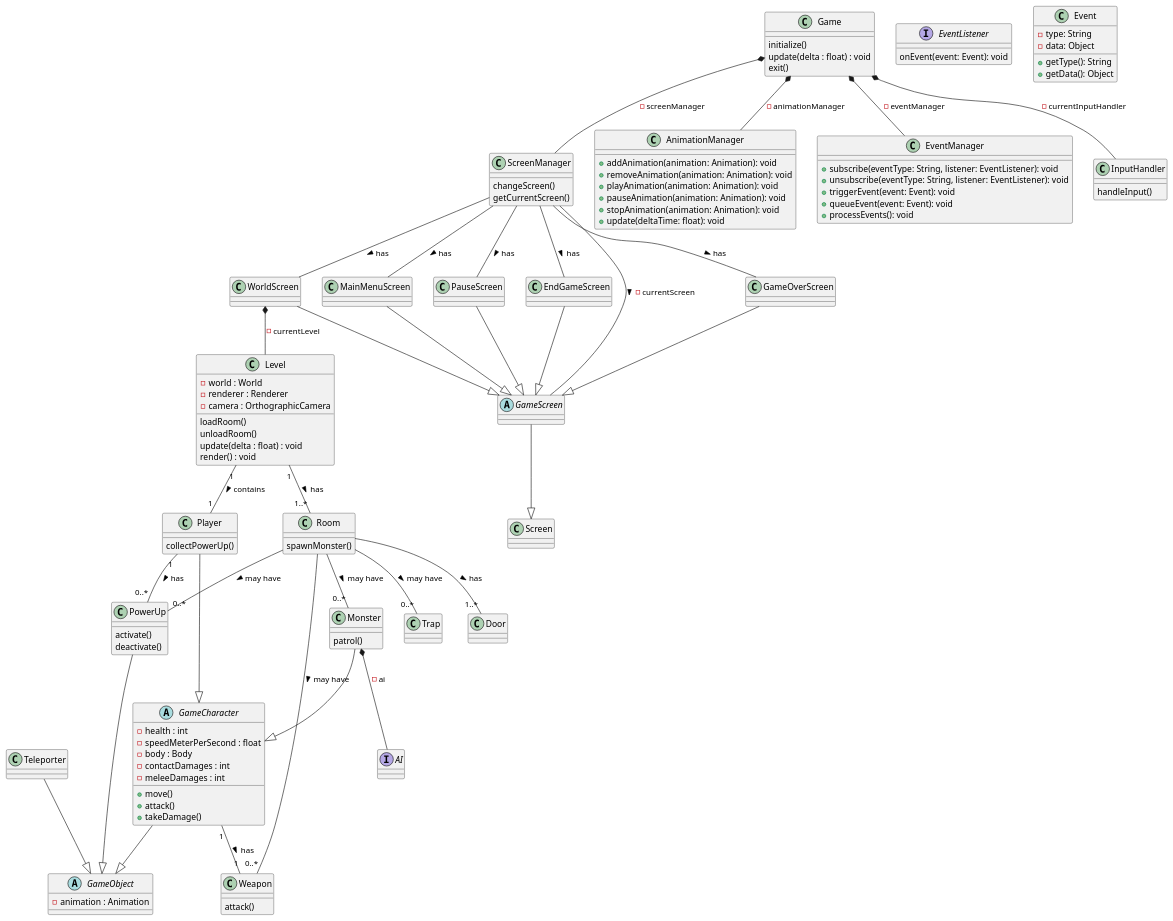
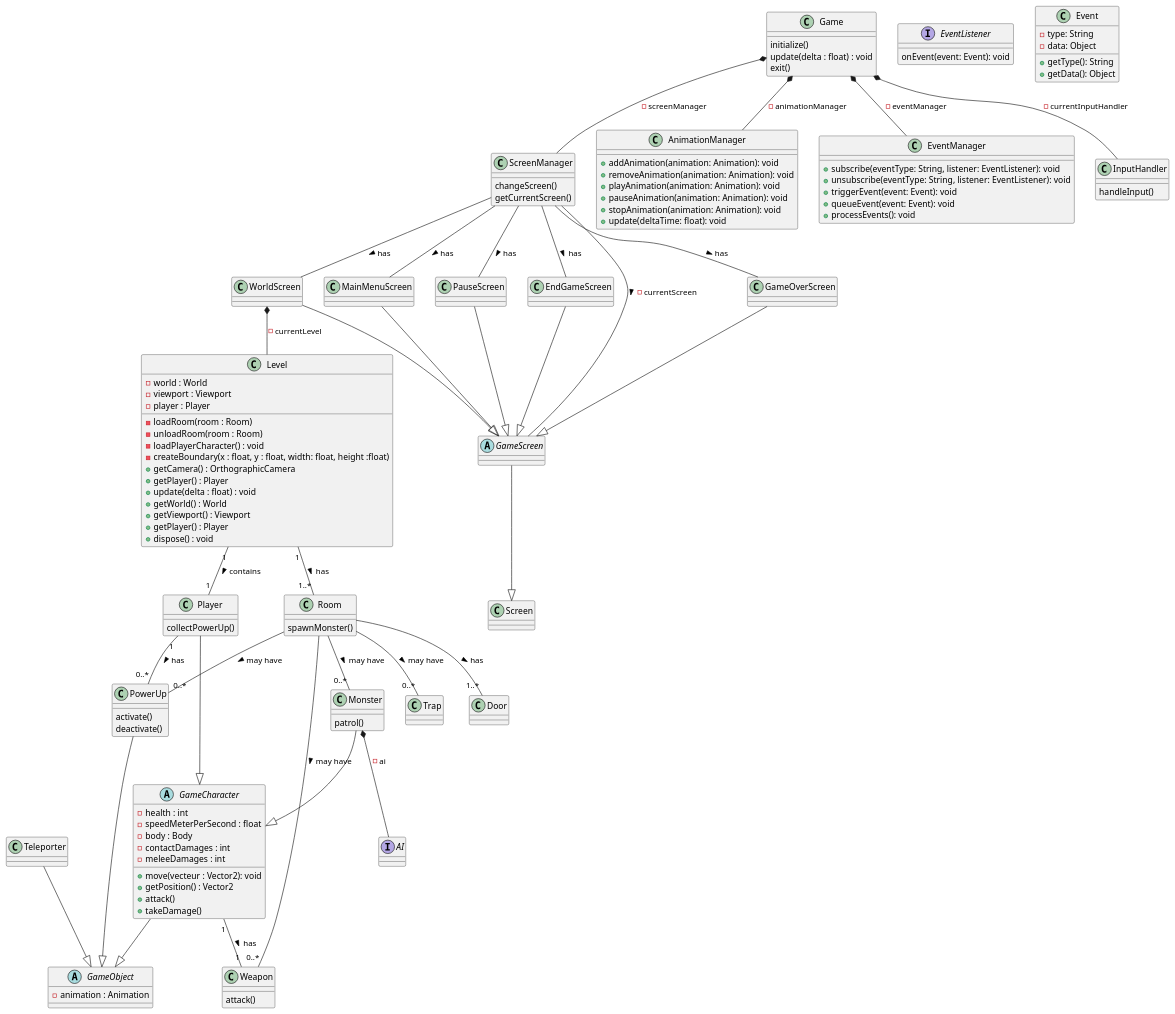
Before and after one commit to lmtb06/Dungeon: the diagram in diagrammes/classes/sprint1version2.puml, drawn with PlantUML.

Commit message:
Mise à jour du diagramme de classes (pas fini).

```diff
--- a/diagrammes/classes/sprint1version2.puml
+++ b/diagrammes/classes/sprint1version2.puml
@@ -1,168 +1,176 @@
 @startuml
 
 class Game {
     initialize()
     update(delta : float) : void
     exit()
 }
 
 Game *-- ScreenManager : -screenManager
 Game *-- AnimationManager : -animationManager
 Game *-- EventManager : -eventManager
 Game *-- InputHandler : -currentInputHandler
 
 abstract class GameObject {
     - animation : Animation
 }
 
 abstract class GameCharacter {
     - health : int
     - speedMeterPerSecond : float
     - body : Body
     - contactDamages : int
     - meleeDamages : int
-    + move()
+    + move(vecteur : Vector2): void
+    + getPosition() : Vector2
     + attack()
     + takeDamage()
 }
 GameCharacter --|> GameObject
 
 GameCharacter "1" -- "1" Weapon : has >
 
 class Player {
     collectPowerUp()
 }
 Player --|> GameCharacter
 Player "1" -- "0..*" PowerUp : has >
 
 
 class Monster {
     patrol()
 }
 Monster --|> GameCharacter
 Monster *-- AI : -ai
 
 class Weapon {
     attack()
 }
 
 class PowerUp {
     activate()
     deactivate()
 }
 PowerUp --|> GameObject
 
 class Trap {
 
 }
 
 class Teleporter {
 
 }
 Teleporter --|> GameObject
 
 class Level {
     - world : World
-    - renderer : Renderer
-    - camera : OrthographicCamera
-    loadRoom()
-    unloadRoom()
-    update(delta : float) : void
-    render() : void
+    - viewport : Viewport
+    - player : Player
+    - loadRoom(room : Room)
+    - unloadRoom(room : Room)
+    - loadPlayerCharacter() : void
+    - createBoundary(x : float, y : float, width: float, height :float)
+    + getCamera() : OrthographicCamera
+    + getPlayer() : Player
+    + update(delta : float) : void
+    + getWorld() : World
+    + getViewport() : Viewport
+    + getPlayer() : Player
+    + dispose() : void
 }
 
 Level "1"--"1..*" Room : has >
 Level "1"--"1" Player : contains >
 
 class Room {
     spawnMonster()
 }
 
 Room -- "0..*" PowerUp : may have >
 Room -- "0..*" Weapon : may have >
 Room -- "1..*" Door : has >
 Room -- "0..*" Trap : may have >
 Room -- "0..*" Monster : may have >
 
 class Door {
 
 }
 
 class ScreenManager {
     changeScreen()
     getCurrentScreen()
 }
 
 ScreenManager -- GameScreen : -currentScreen >
 ScreenManager -- GameOverScreen : has >
 ScreenManager -- WorldScreen : has >
 ScreenManager -- MainMenuScreen : has >
 ScreenManager -- PauseScreen : has >
 ScreenManager -- EndGameScreen : has >
 
 abstract GameScreen {}
 GameScreen --|> Screen
 
 class MainMenuScreen {
 
 }
 
 class WorldScreen {
 
 }
 WorldScreen *-- Level : -currentLevel
 
 class PauseScreen {
 
 }
 
 class GameOverScreen {
 
 }
 
 class EndGameScreen {
 
 }
 
 MainMenuScreen --|> GameScreen
 WorldScreen --|> GameScreen
 PauseScreen --|> GameScreen
 GameOverScreen --|> GameScreen
 EndGameScreen --|> GameScreen
 
 class AnimationManager {
     + addAnimation(animation: Animation): void
     + removeAnimation(animation: Animation): void
     + playAnimation(animation: Animation): void
     + pauseAnimation(animation: Animation): void
     + stopAnimation(animation: Animation): void
     + update(deltaTime: float): void
 }
 
 class EventManager {
     + subscribe(eventType: String, listener: EventListener): void
     + unsubscribe(eventType: String, listener: EventListener): void
     + triggerEvent(event: Event): void
     + queueEvent(event: Event): void
     + processEvents(): void
 }
 
 interface EventListener {
     onEvent(event: Event): void
 }
 
 class Event {
     - type: String
     - data: Object
     + getType(): String
     + getData(): Object
 }
 
 class InputHandler {
     handleInput()
 }
 
 interface AI {
 }
 
 @enduml
```
